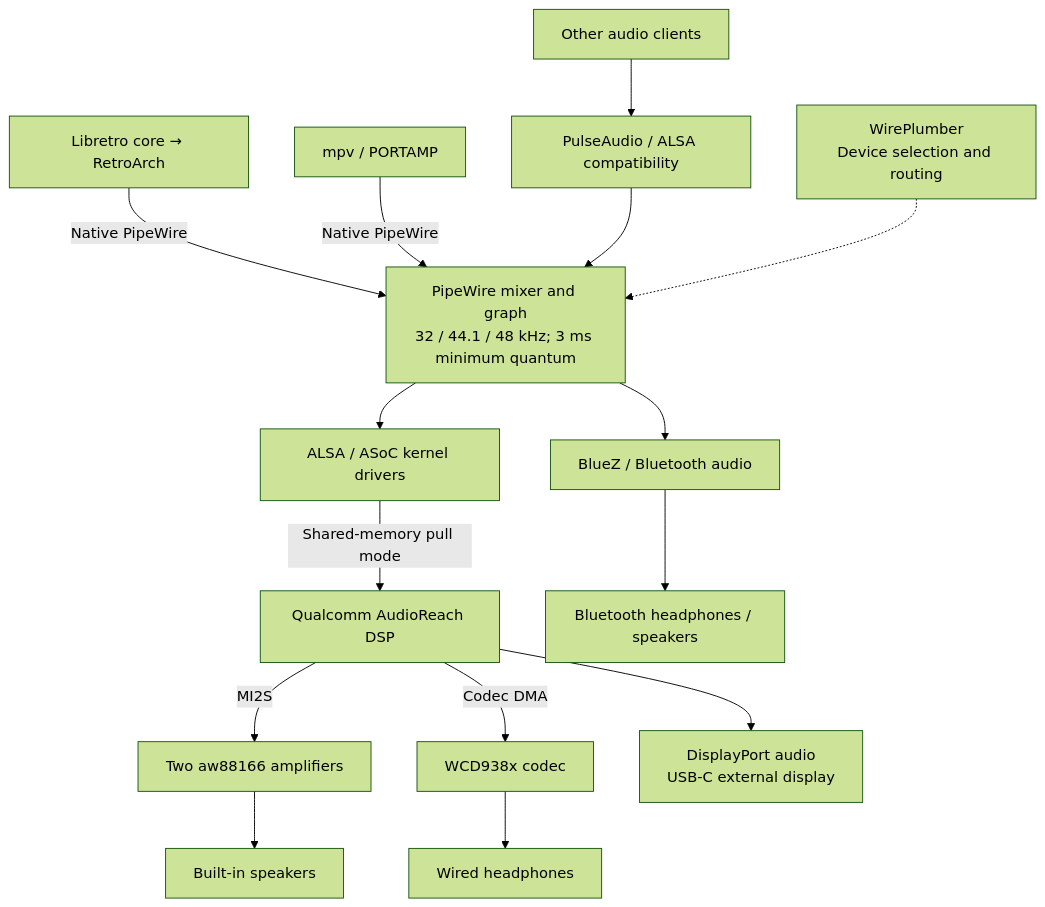
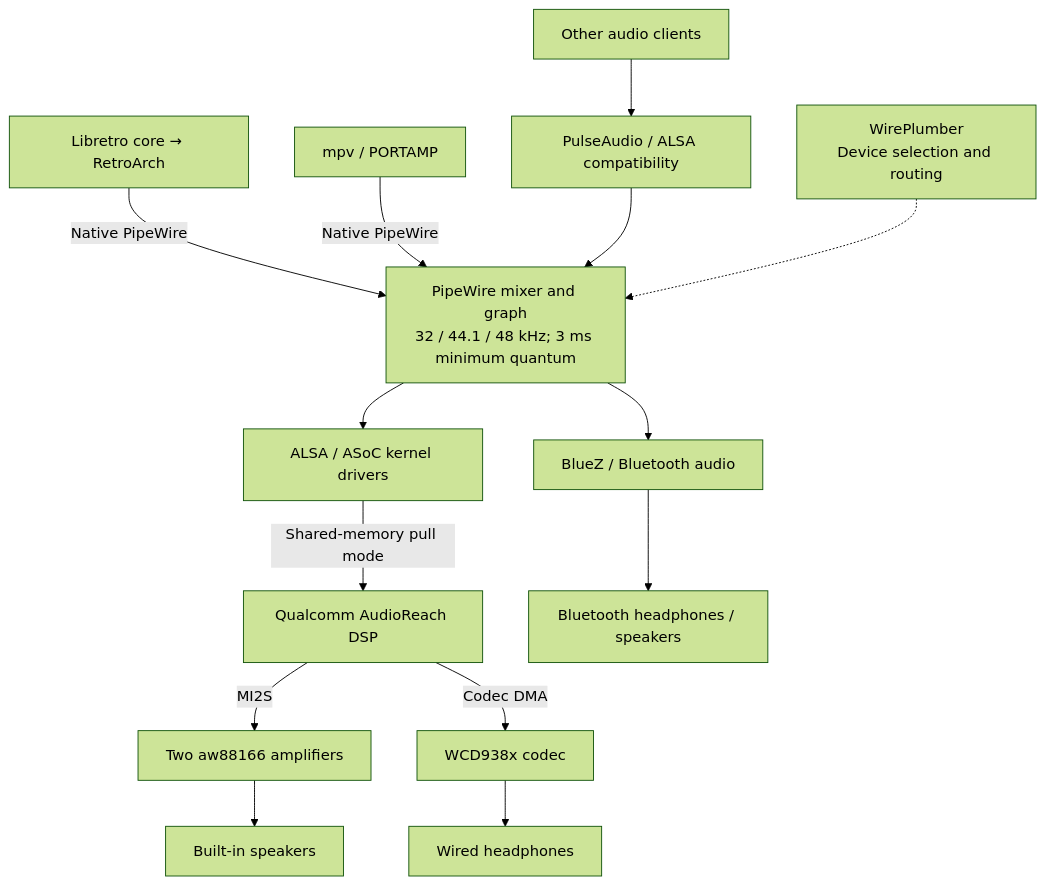
The first of 2 diagrams in README.md (portare-ch/portareos), drawn with Mermaid (forest theme) before and after one commit. The commit also changed other lines of this file and 19 other files, not shown here.

````diff
--- a/README.md
+++ b/README.md
@@ -187,17 +191,16 @@
 ```mermaid
 flowchart TD
     RA["Libretro core → RetroArch"] -->|Native PipeWire| PW
     MPV["mpv / PORTAMP"] -->|Native PipeWire| PW
     APPS["Other audio clients"] --> COMPAT["PulseAudio / ALSA compatibility"]
     COMPAT --> PW["PipeWire mixer and graph<br/>32 / 44.1 / 48 kHz; 3 ms minimum quantum"]
     WP["WirePlumber<br/>Device selection and routing"] -.-> PW
     PW --> ALSA["ALSA / ASoC kernel drivers"]
     ALSA -->|Shared-memory pull mode| DSP["Qualcomm AudioReach DSP"]
     DSP -->|MI2S| AMP["Two aw88166 amplifiers"]
     AMP --> SPK["Built-in speakers"]
     DSP -->|Codec DMA| CODEC["WCD938x codec"]
     CODEC --> HP["Wired headphones"]
-    DSP --> DP["DisplayPort audio<br/>USB-C external display"]
     PW --> BT["BlueZ / Bluetooth audio"]
     BT --> WIRELESS["Bluetooth headphones / speakers"]
 ```
````
